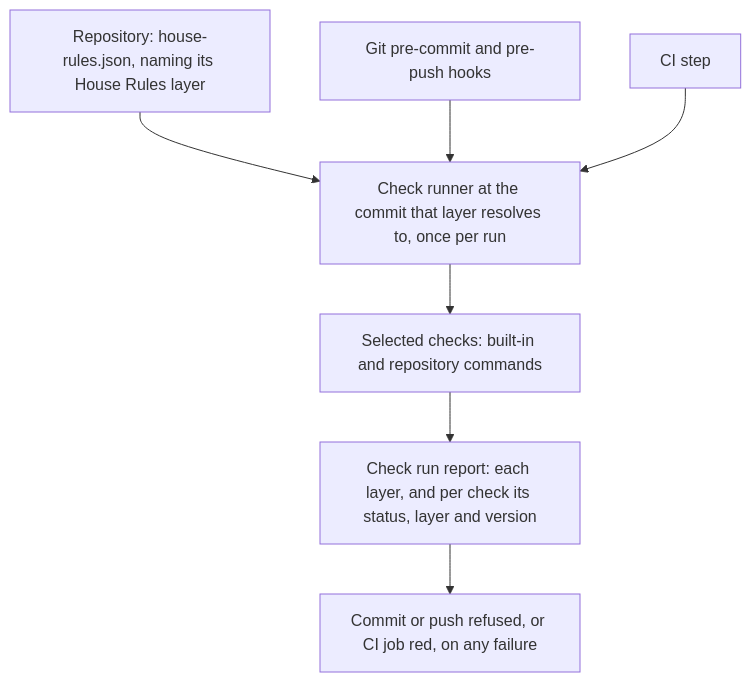
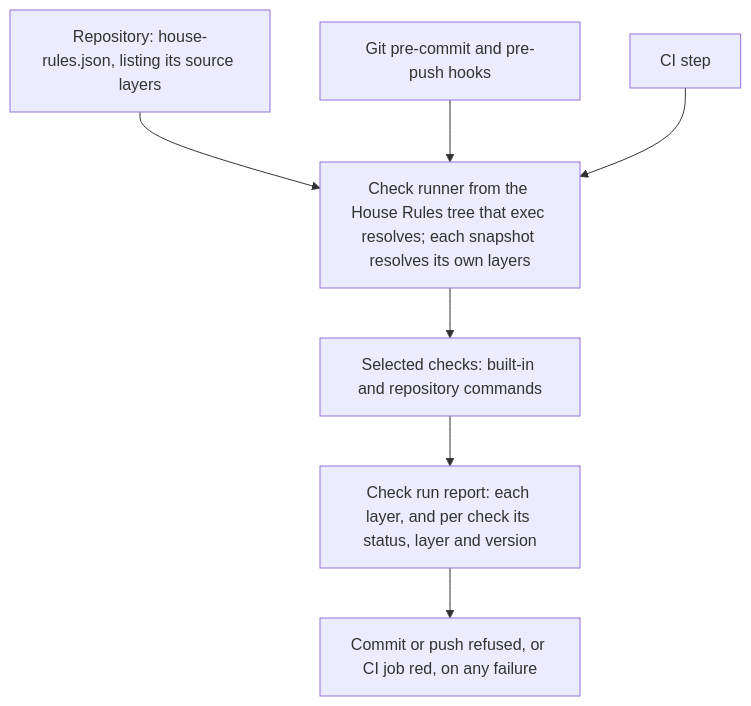
One commit to symbiotic-build/house-rules changed the diagram in docs/design/194-repository-checks.md. Above: the diagram before and after it, drawn with Mermaid. The commit also changed other lines of this file and 5 other files, not shown here.

First line of the commit message:
feat(checks): custom source layers through the House Rules command's resolver

````diff
--- a/docs/design/194-repository-checks.md
+++ b/docs/design/194-repository-checks.md
@@ -14,9 +14,9 @@
 ```mermaid
 flowchart TD
-    A["Repository: house-rules.json, naming its House Rules layer"] --> B["Check runner at the commit that layer resolves to, once per run"]
+    A["Repository: house-rules.json, listing its source layers"] --> B["Check runner from the House Rules tree that exec resolves; each snapshot resolves its own layers"]
     C["Git pre-commit and pre-push hooks"] --> B
     D["CI step"] --> B
     B --> E["Selected checks: built-in and repository commands"]
     E --> F["Check run report: each layer, and per check its status, layer and version"]
     F --> G["Commit or push refused, or CI job red, on any failure"]
 ```
````
